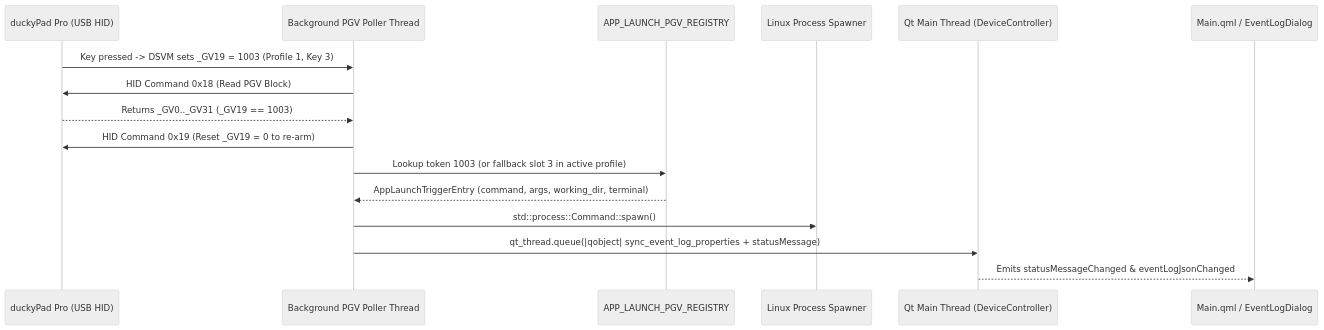
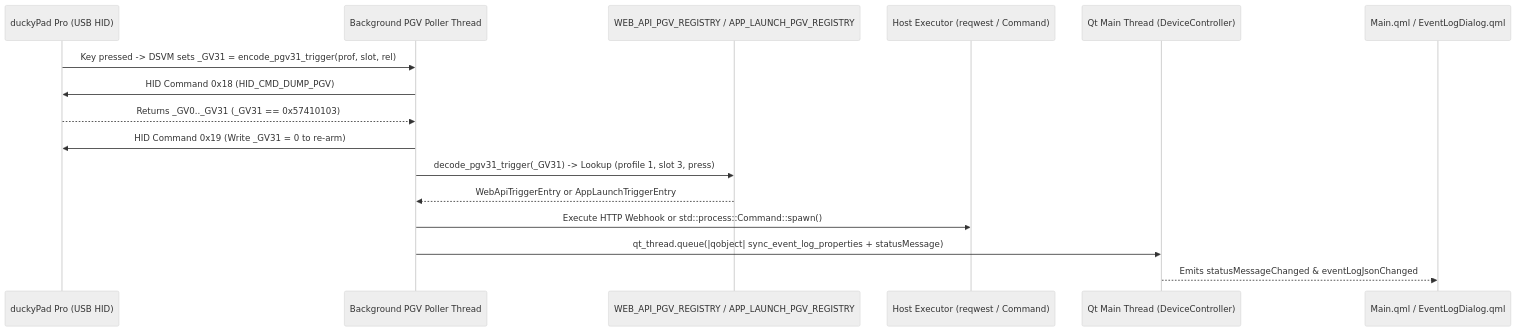
Before and after one commit to russellmilliner/duckydeck-studio: the second of 4 diagrams in docs/ARCHITECTURE.md, drawn with Mermaid (neutral theme). The commit also changed other lines of this file and 21 other files, not shown here.

Commit message:
chore(quality): update ARCHITECTURE.md, add scripts/check.sh, fix clippy warnings, untrack firmware binaries

````diff
--- a/docs/ARCHITECTURE.md
+++ b/docs/ARCHITECTURE.md
@@ -110,19 +144,19 @@
 ```mermaid
 sequenceDiagram
     participant DuckyPad as duckyPad Pro (USB HID)
     participant Poller as Background PGV Poller Thread
-    participant Registry as APP_LAUNCH_PGV_REGISTRY
-    participant Desktop as Linux Process Spawner
+    participant Registry as WEB_API_PGV_REGISTRY / APP_LAUNCH_PGV_REGISTRY
+    participant Host as Host Executor (reqwest / Command)
     participant QtThread as Qt Main Thread (DeviceController)
-    participant QML as Main.qml / EventLogDialog
+    participant QML as Main.qml / EventLogDialog.qml
 
-    DuckyPad->>Poller: Key pressed -> DSVM sets _GV19 = 1003 (Profile 1, Key 3)
-    Poller->>DuckyPad: HID Command 0x18 (Read PGV Block)
-    DuckyPad-->>Poller: Returns _GV0.._GV31 (_GV19 == 1003)
-    Poller->>DuckyPad: HID Command 0x19 (Reset _GV19 = 0 to re-arm)
-    Poller->>Registry: Lookup token 1003 (or fallback slot 3 in active profile)
-    Registry-->>Poller: AppLaunchTriggerEntry (command, args, working_dir, terminal)
-    Poller->>Desktop: std::process::Command::spawn()
+    DuckyPad->>Poller: Key pressed -> DSVM sets _GV31 = encode_pgv31_trigger(prof, slot, rel)
+    Poller->>DuckyPad: HID Command 0x18 (HID_CMD_DUMP_PGV)
+    DuckyPad-->>Poller: Returns _GV0.._GV31 (_GV31 == 0x57410103)
+    Poller->>DuckyPad: HID Command 0x19 (Write _GV31 = 0 to re-arm)
+    Poller->>Registry: decode_pgv31_trigger(_GV31) -> Lookup (profile 1, slot 3, press)
+    Registry-->>Poller: WebApiTriggerEntry or AppLaunchTriggerEntry
+    Poller->>Host: Execute HTTP Webhook or std::process::Command::spawn()
     Poller->>QtThread: qt_thread.queue(|qobject| sync_event_log_properties + statusMessage)
     QtThread-->>QML: Emits statusMessageChanged & eventLogJsonChanged
 ```
````
